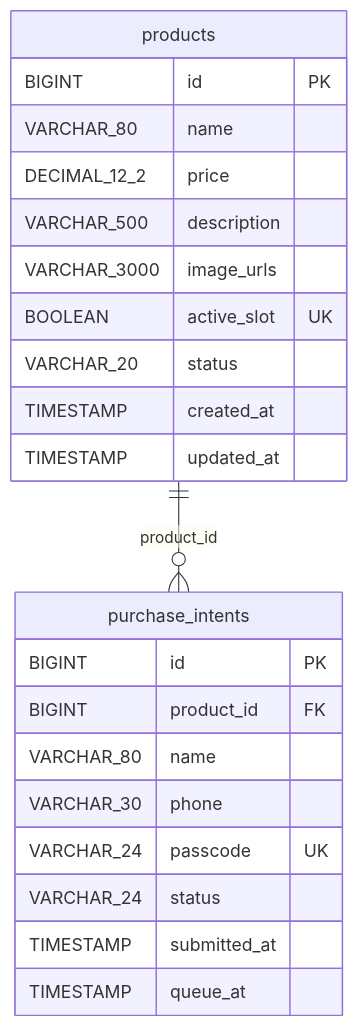
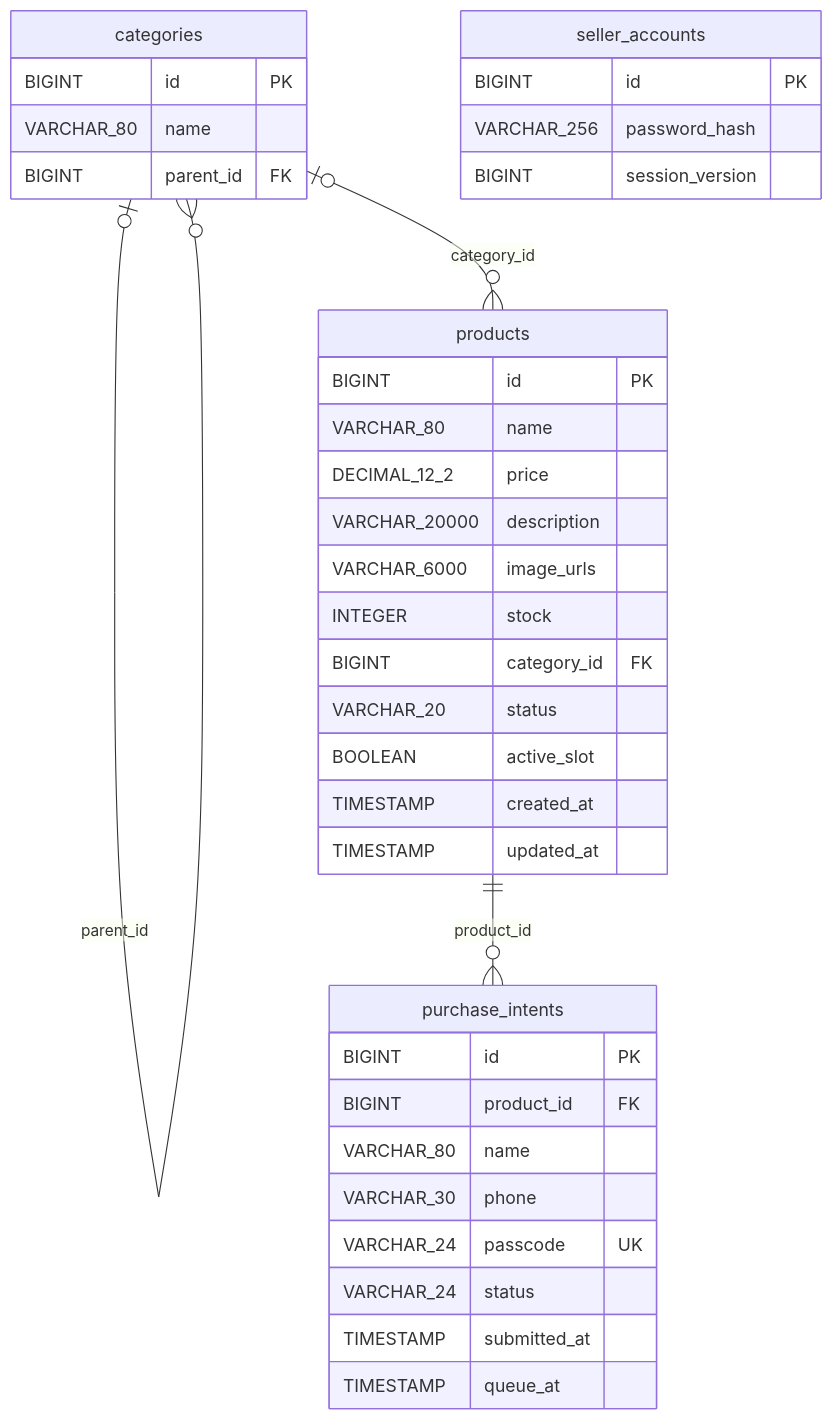
Before and after one commit to casf73/Software-Engineering-Practice: the diagram in project/mvp-v1.0/backend/docs/数据模型图.md, drawn with Mermaid. The commit also changed other lines of this file and 340 other files, not shown here.

````diff
--- a/project/mvp-v1.0/backend/docs/数据模型图.md
+++ b/project/mvp-v1.0/backend/docs/数据模型图.md
@@ -9,27 +9,39 @@
 ```mermaid
 erDiagram
-    products ||--o{ purchase_intents : "product_id"
-
+    categories o|--o{ categories : parent_id
+    categories o|--o{ products : category_id
+    products ||--o{ purchase_intents : product_id
+    categories {
+        BIGINT id PK
+        VARCHAR_80 name
+        BIGINT parent_id FK
+    }
     products {
         BIGINT id PK
         VARCHAR_80 name
         DECIMAL_12_2 price
-        VARCHAR_500 description
-        VARCHAR_3000 image_urls
-        BOOLEAN active_slot UK
+        VARCHAR_20000 description
+        VARCHAR_6000 image_urls
+        INTEGER stock
+        BIGINT category_id FK
         VARCHAR_20 status
+        BOOLEAN active_slot
         TIMESTAMP created_at
         TIMESTAMP updated_at
     }
-
     purchase_intents {
         BIGINT id PK
         BIGINT product_id FK
         VARCHAR_80 name
         VARCHAR_30 phone
         VARCHAR_24 passcode UK
         VARCHAR_24 status
         TIMESTAMP submitted_at
         TIMESTAMP queue_at
     }
+    seller_accounts {
+        BIGINT id PK
+        VARCHAR_256 password_hash
+        BIGINT session_version
+    }
 ```
````
